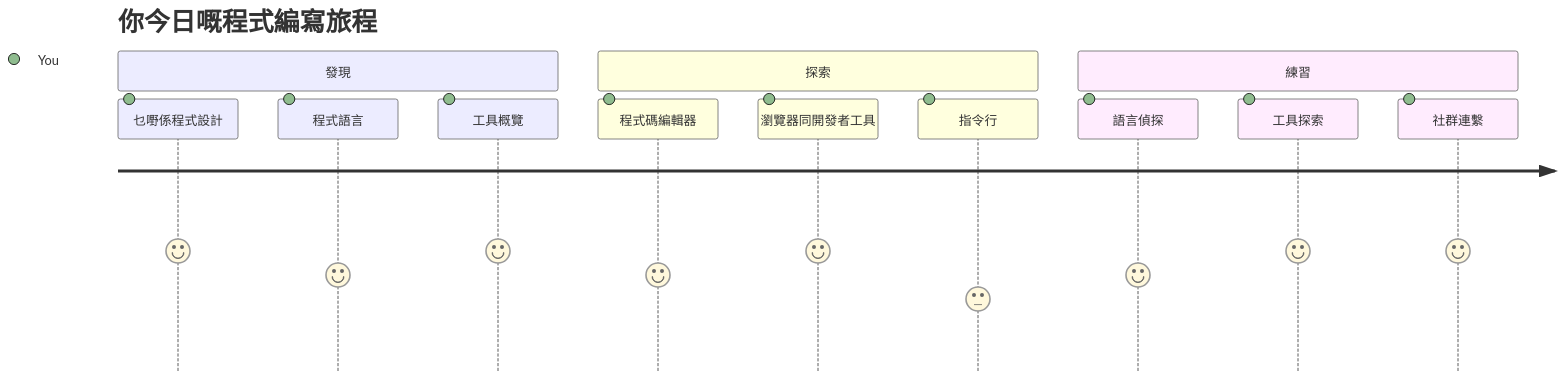
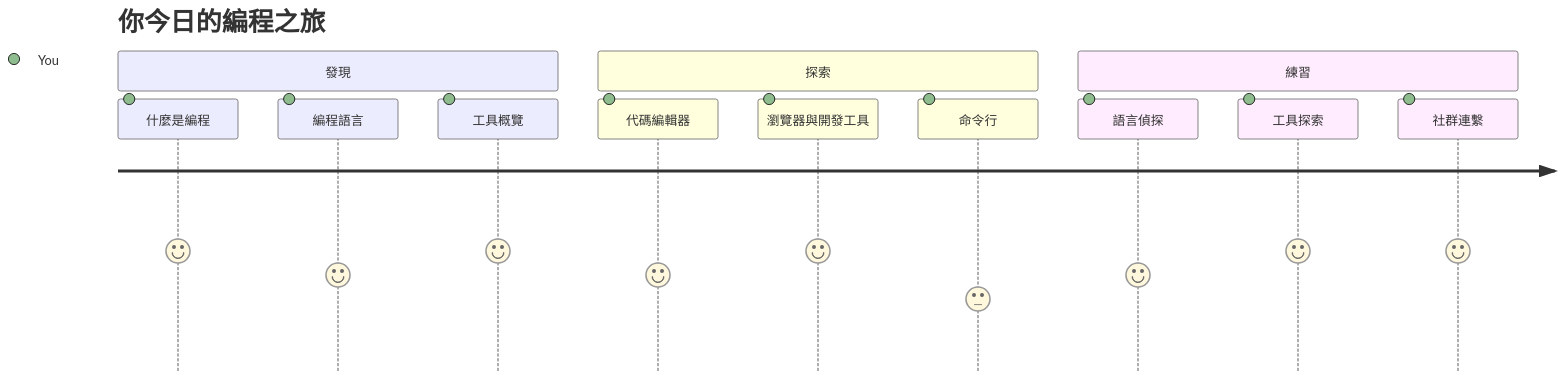
One commit to microsoft/Web-Dev-For-Beginners changed the first of 7 diagrams in translations/zh-HK/1-getting-started-lessons/1-intro-to-programming-languages/README.md. Above: the diagram before and after it, drawn with Mermaid. The commit also changed other lines of this file and 11 other files, not shown here.

````diff
--- a/translations/zh-HK/1-getting-started-lessons/1-intro-to-programming-languages/README.md
+++ b/translations/zh-HK/1-getting-started-lessons/1-intro-to-programming-languages/README.md
@@ -14,16 +14,16 @@
 ```mermaid
 journey
-    title 你今日嘅程式編寫旅程
+    title 你今日的編程之旅
     section 發現
-      乜嘢係程式設計: 5: You
-      程式語言: 4: You
+      什麼是編程: 5: You
+      編程語言: 4: You
       工具概覽: 5: You
     section 探索
-      程式碼編輯器: 4: You
-      瀏覽器同開發者工具: 5: You
-      指令行: 3: You
+      代碼編輯器: 4: You
+      瀏覽器與開發工具: 5: You
+      命令行: 3: You
     section 練習
       語言偵探: 4: You
       工具探索: 5: You
       社群連繫: 5: You
 ```
````
